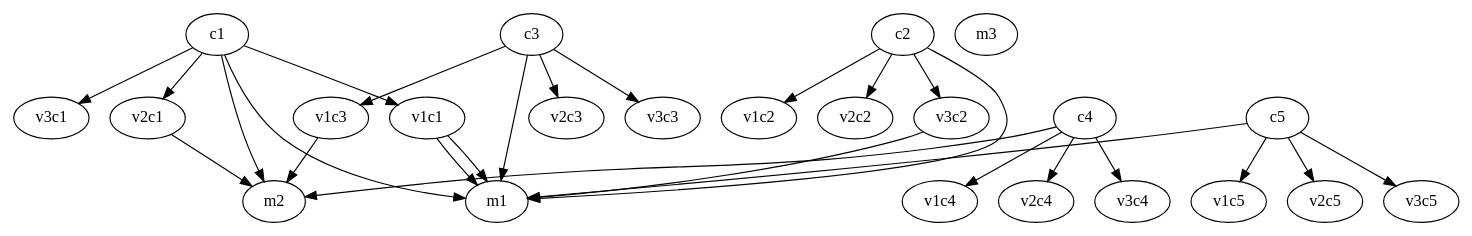
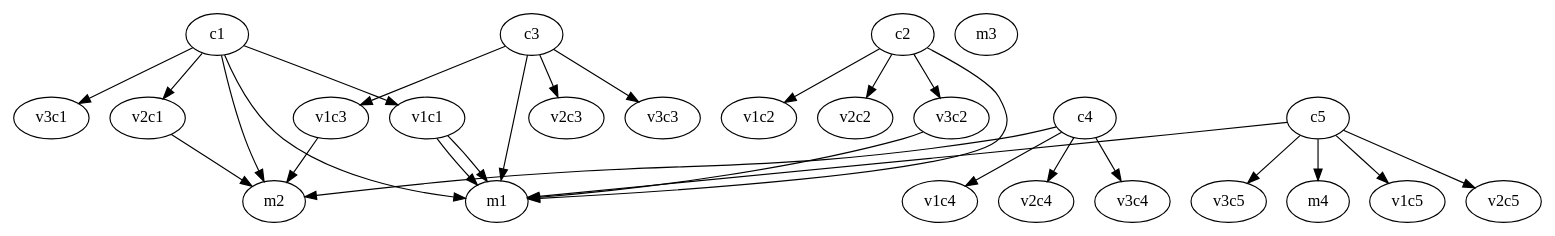
One commit to stefanrinderle/SoftViz3D changed the diagram in protected/runtime/actualResource.dot. Above: the diagram before and after it, drawn with Graphviz. The commit also changed 3 other files, not shown here.

```diff
--- a/protected/runtime/actualResource.dot
+++ b/protected/runtime/actualResource.dot
@@ -1,70 +1,72 @@
 digraph G {
 	subgraph model {
 		m1;
 		m2;
 		m3;
+    m4;
 	}	
 	subgraph view {
 		subgraph viewsC1 {
 			v1c1;
 			v2c1;
 			v3c1;
 		}
 		subgraph viewsC2 {
 			v1c2;
 			v2c2;
 			v3c2;
 		}
 		subgraph viewsC3 {
 			v1c3;
 			v2c3;
 			v3c3;
 		}
 		subgraph viewsC4 {
 			v1c4;
 			v2c4;
 			v3c4;
 		}
 		subgraph viewsC5 {
 			v1c5;
 			v2c5;
 			v3c5;
 		}
 	}
 	subgraph controller {
 		c1;
 		c2;
 		c3;
 		c4;
 		c5;
 	}
 
 	v1c1 -> m1;
 	v2c1 -> m2;
 	v3c2 -> m1;
 	v1c3 -> m2;
 	v1c1 -> m1;
 		
+       c5 -> m4;
 	c1 -> m1;
 	c1 -> m2;
 	c2 -> m1;
 	c3 -> m1;
 	c4 -> m2;
 	c5 -> m1;
 	
 	c1 -> v1c1;
 	c1 -> v2c1;
 	c1 -> v3c1;
 	c2 -> v1c2;
 	c2 -> v2c2;
 	c2 -> v3c2;
 	c3 -> v1c3;
 	c3 -> v2c3;
 	c3 -> v3c3;
 	c4 -> v1c4;
 	c4 -> v2c4;
 	c4 -> v3c4;
 	c5 -> v1c5;
 	c5 -> v2c5;
 	c5 -> v3c5;
 }
```
